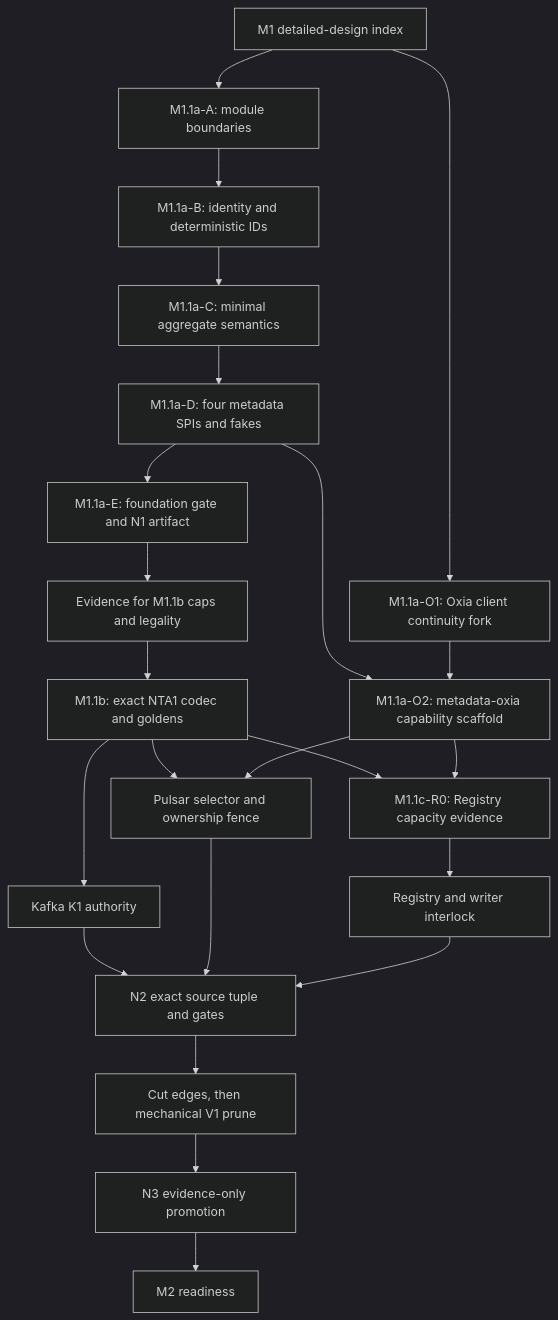
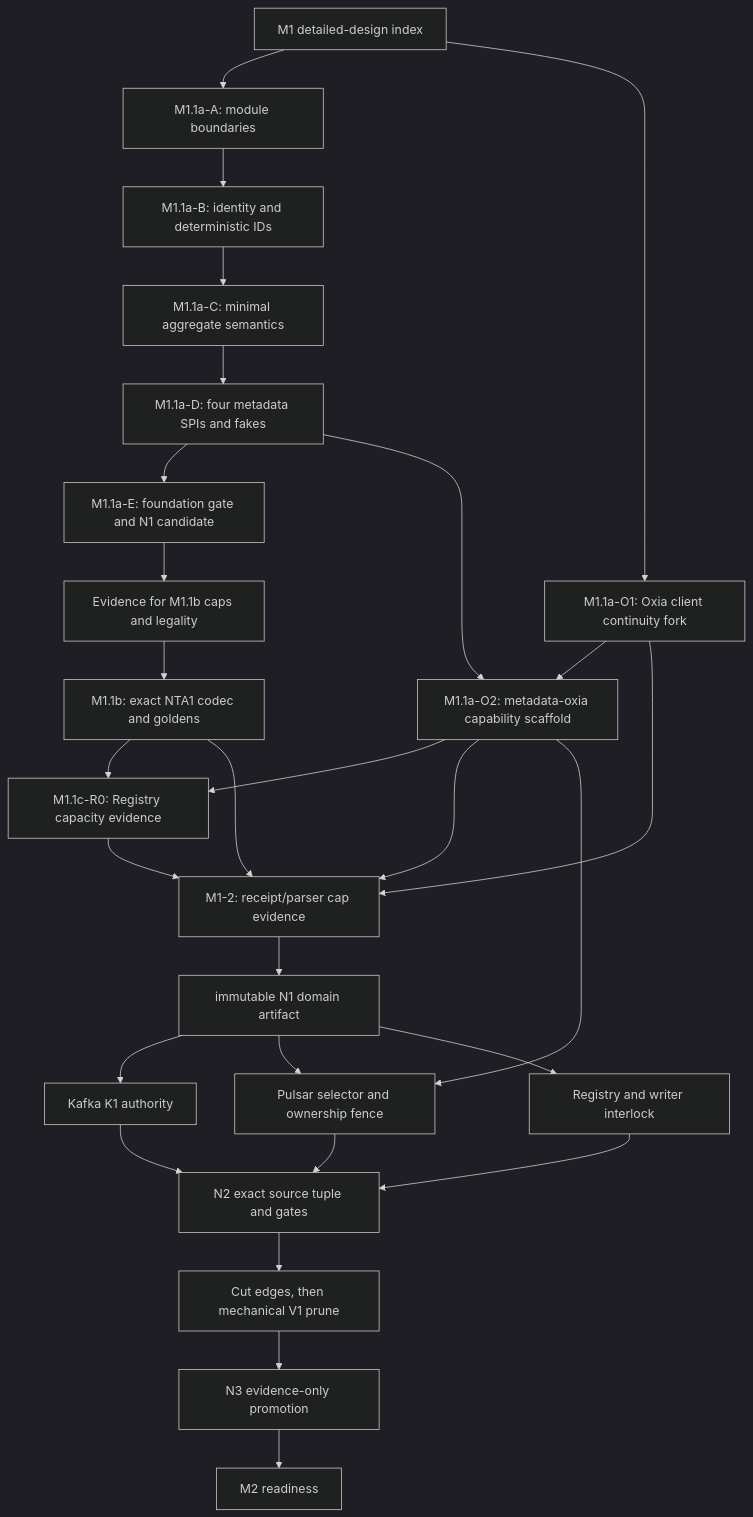
Before and after one commit to nereusstream/nereus: the diagram in docs/v2/detailed_design/m1/README.md, drawn with Mermaid (dark theme). The commit also changed other lines of this file and 1 other file, not shown here.

Commit message:
docs(v2): define receipt parser cap boundary

````diff
--- a/docs/v2/detailed_design/m1/README.md
+++ b/docs/v2/detailed_design/m1/README.md
@@ -51,29 +51,35 @@
 ```mermaid
 flowchart TD
     D0["M1 detailed-design index"] --> A1["M1.1a-A: module boundaries"]
     A1 --> A2["M1.1a-B: identity and deterministic IDs"]
     A2 --> A3["M1.1a-C: minimal aggregate semantics"]
     A3 --> A4["M1.1a-D: four metadata SPIs and fakes"]
-    A4 --> A5["M1.1a-E: foundation gate and N1 artifact"]
+    A4 --> A5["M1.1a-E: foundation gate and N1 candidate"]
 
     D0 --> O1["M1.1a-O1: Oxia client continuity fork"]
     A4 --> O2["M1.1a-O2: metadata-oxia capability scaffold"]
     O1 --> O2
 
     A5 --> Q1["Evidence for M1.1b caps and legality"]
     Q1 --> B1["M1.1b: exact NTA1 codec and goldens"]
 
-    B1 --> K1["Kafka K1 authority"]
-    B1 --> P1["Pulsar selector and ownership fence"]
     B1 --> R0["M1.1c-R0: Registry capacity evidence"]
-    R0 --> R1["Registry and writer interlock"]
+    O2 --> R0
+
+    B1 --> C1["M1-2: receipt/parser cap evidence"]
+    R0 --> C1
+    O1 --> C1
+    O2 --> C1
+    C1 --> N1["immutable N1 domain artifact"]
+    N1 --> K1["Kafka K1 authority"]
+    N1 --> P1["Pulsar selector and ownership fence"]
+    N1 --> R1["Registry and writer interlock"]
     O2 --> P1
-    O2 --> R0
 
     K1 --> N2["N2 exact source tuple and gates"]
     P1 --> N2
     R1 --> N2
     N2 --> V1P["Cut edges, then mechanical V1 prune"]
     V1P --> N3["N3 evidence-only promotion"]
     N3 --> M2R["M2 readiness"]
 ```
````
